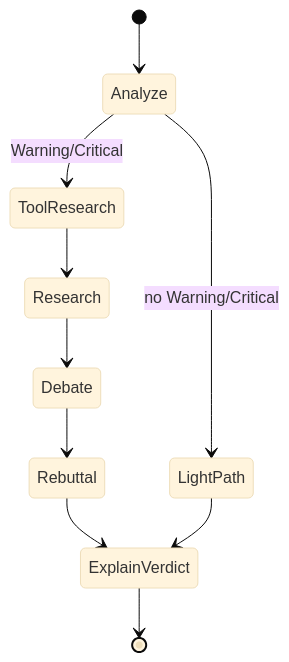
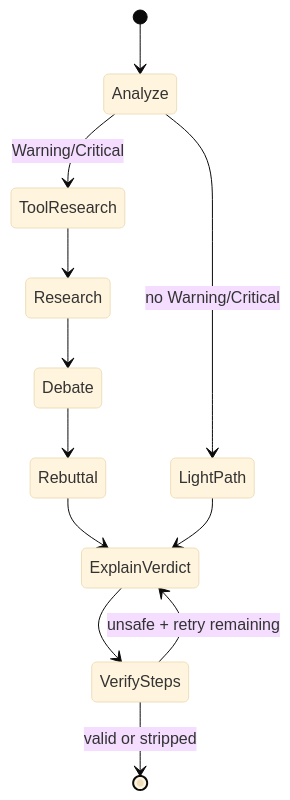
The third of 3 diagrams in docs/AI_ARCHITECTURE.md (Drakonchik1/PatchGuard), drawn with Mermaid (base theme) before and after one commit. The commit also changed other lines of this file and 38 other files, not shown here.

````diff
--- a/docs/AI_ARCHITECTURE.md
+++ b/docs/AI_ARCHITECTURE.md
@@ -116,12 +123,14 @@
 ```mermaid
 stateDiagram-v2
     [*] --> Analyze
     Analyze --> LightPath: no Warning/Critical
     Analyze --> ToolResearch: Warning/Critical
     ToolResearch --> Research
     Research --> Debate
     Debate --> Rebuttal
     Rebuttal --> ExplainVerdict
     LightPath --> ExplainVerdict
-    ExplainVerdict --> [*]
+    ExplainVerdict --> VerifySteps
+    VerifySteps --> ExplainVerdict: unsafe + retry remaining
+    VerifySteps --> [*]: valid or stripped
 ```
````
